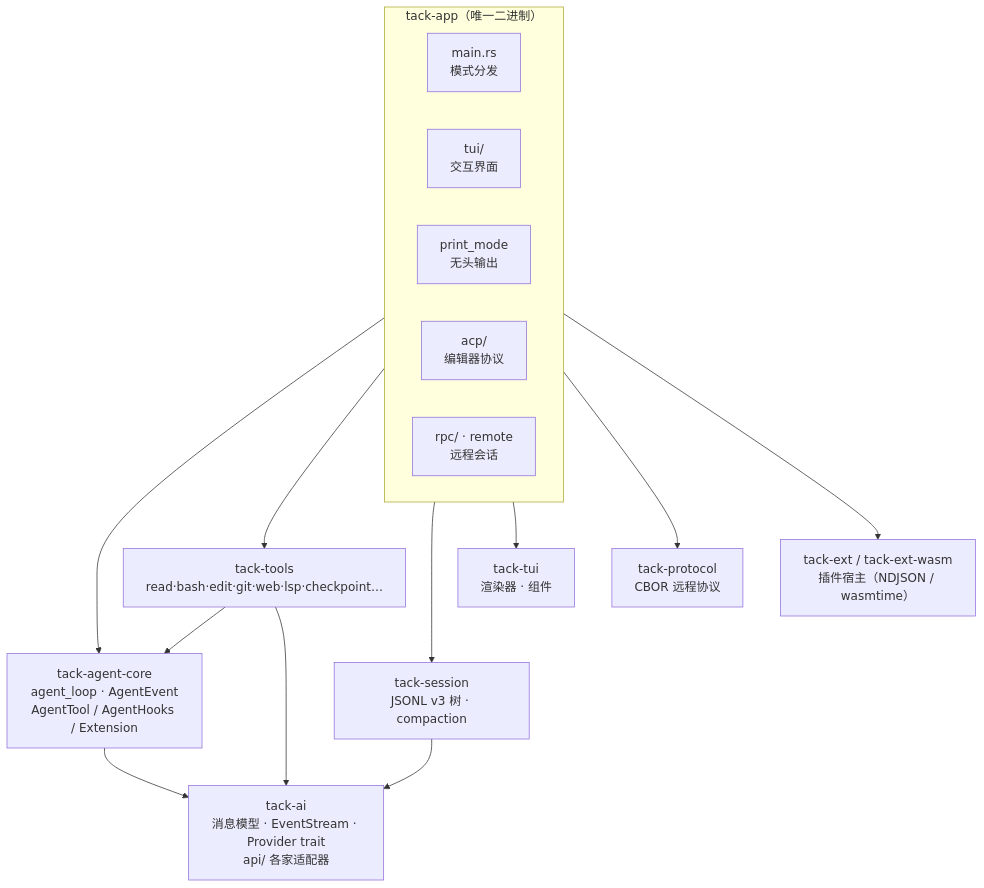
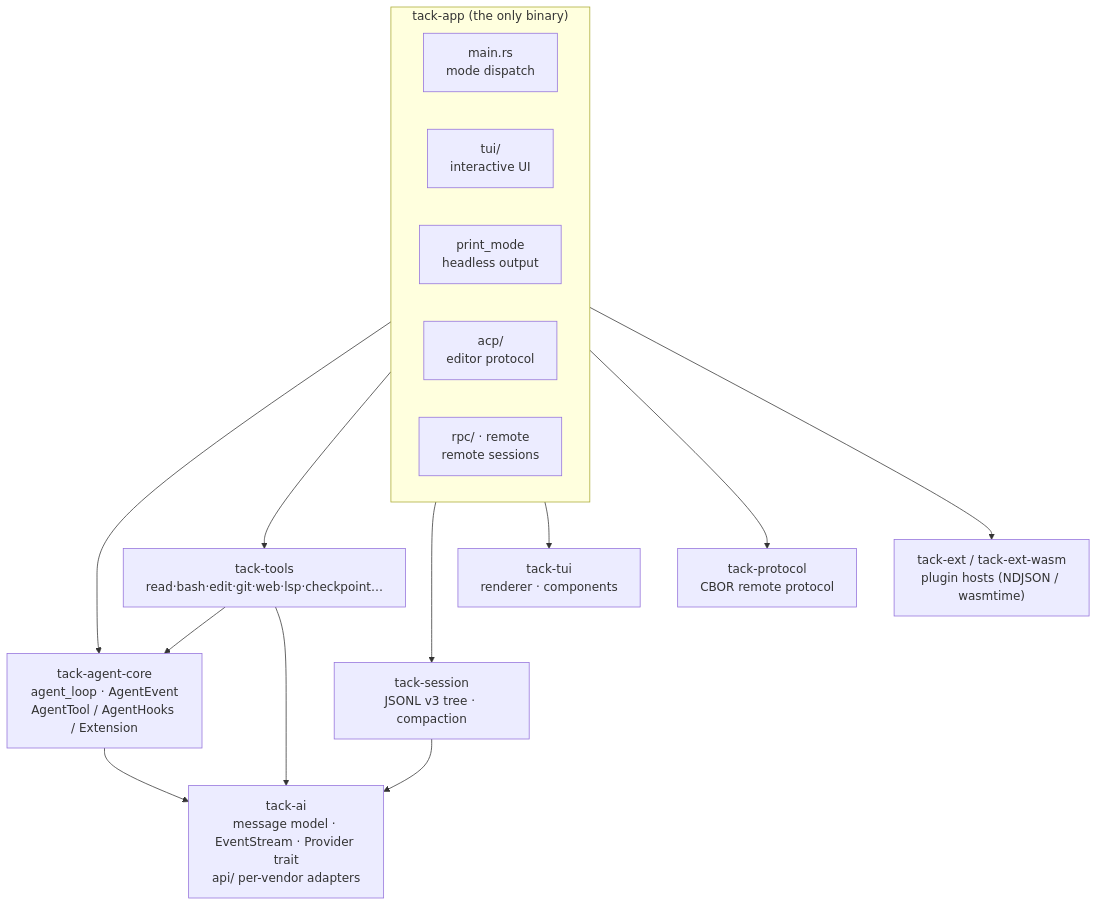
One commit to Tack-AI/tack changed the first of 5 diagrams in docs/onboarding.md. Above: the diagram before and after it, drawn with Mermaid. The commit also changed other lines of this file and 46 other files, not shown here.

````diff
--- a/docs/onboarding.md
+++ b/docs/onboarding.md
@@ -134,29 +136,29 @@
 ```mermaid
 flowchart TB
-    subgraph APP["tack-app（唯一二进制）"]
-        MAIN["main.rs<br/>模式分发"]
-        TUI["tui/<br/>交互界面"]
-        PRINT["print_mode<br/>无头输出"]
-        ACPM["acp/<br/>编辑器协议"]
-        RPCM["rpc/ · remote<br/>远程会话"]
+    subgraph APP["tack-app (the only binary)"]
+        MAIN["main.rs<br/>mode dispatch"]
+        TUI["tui/<br/>interactive UI"]
+        PRINT["print_mode<br/>headless output"]
+        ACPM["acp/<br/>editor protocol"]
+        RPCM["rpc/ · remote<br/>remote sessions"]
     end
 
     CORE["tack-agent-core<br/>agent_loop · AgentEvent<br/>AgentTool / AgentHooks / Extension"]
     TOOLS["tack-tools<br/>read·bash·edit·git·web·lsp·checkpoint…"]
-    AI["tack-ai<br/>消息模型 · EventStream · Provider trait<br/>api/ 各家适配器"]
-    SESS["tack-session<br/>JSONL v3 树 · compaction"]
-    TUILIB["tack-tui<br/>渲染器 · 组件"]
-    PROTO["tack-protocol<br/>CBOR 远程协议"]
-    EXT["tack-ext / tack-ext-wasm<br/>插件宿主（NDJSON / wasmtime）"]
+    AI["tack-ai<br/>message model · EventStream · Provider trait<br/>api/ per-vendor adapters"]
+    SESS["tack-session<br/>JSONL v3 tree · compaction"]
+    TUILIB["tack-tui<br/>renderer · components"]
+    PROTO["tack-protocol<br/>CBOR remote protocol"]
+    EXT["tack-ext / tack-ext-wasm<br/>plugin hosts (NDJSON / wasmtime)"]
 
     APP --> CORE
     APP --> TOOLS
     APP --> SESS
     APP --> TUILIB
     APP --> PROTO
     APP --> EXT
     CORE --> AI
     TOOLS --> CORE
     SESS --> AI
     TOOLS --> AI
 ```
````
